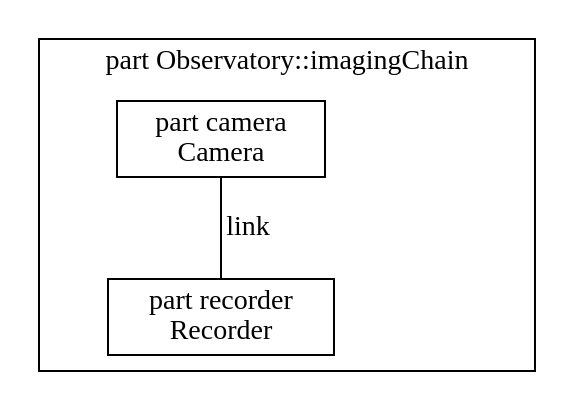
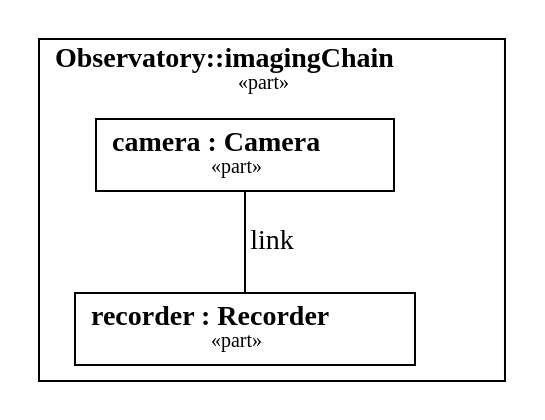
Before and after one commit to Open-MBEE/OpenSysML: the first of 2 diagrams in internal/core/docrender/testdata/telescope_report.dot.golden.md, drawn with Graphviz. The commit also changed other lines of this file and 59 other files, not shown here.

First line of the commit message:
feat(view): lead diagram node labels with the element's name

````diff
--- a/internal/core/docrender/testdata/telescope_report.dot.golden.md
+++ b/internal/core/docrender/testdata/telescope_report.dot.golden.md
@@ -88,16 +88,16 @@
 ```dot
 // view: Observatory::interconnectView
 // kind: interconnection
 // stated: render asInterconnectionDiagram
 // layout: dot
 digraph "Observatory::interconnectView" {
   node [shape=box];
   subgraph "cluster_n0" {
-    label="part Observatory::imagingChain";
+    label=<<b>Observatory::imagingChain</b><br/><font point-size="10">«part»</font>>;
     "n0" [shape=point, style=invis, width=0, height=0, label=""];
-    "n1" [label="part camera\nCamera"];
-    "n2" [label="part recorder\nRecorder"];
+    "n1" [label=<<b>camera : Camera</b><br/><font point-size="10">«part»</font>>];
+    "n2" [label=<<b>recorder : Recorder</b><br/><font point-size="10">«part»</font>>];
   }
   "n1" -> "n2" [label="link", arrowhead=none];
 }
 ```
````
